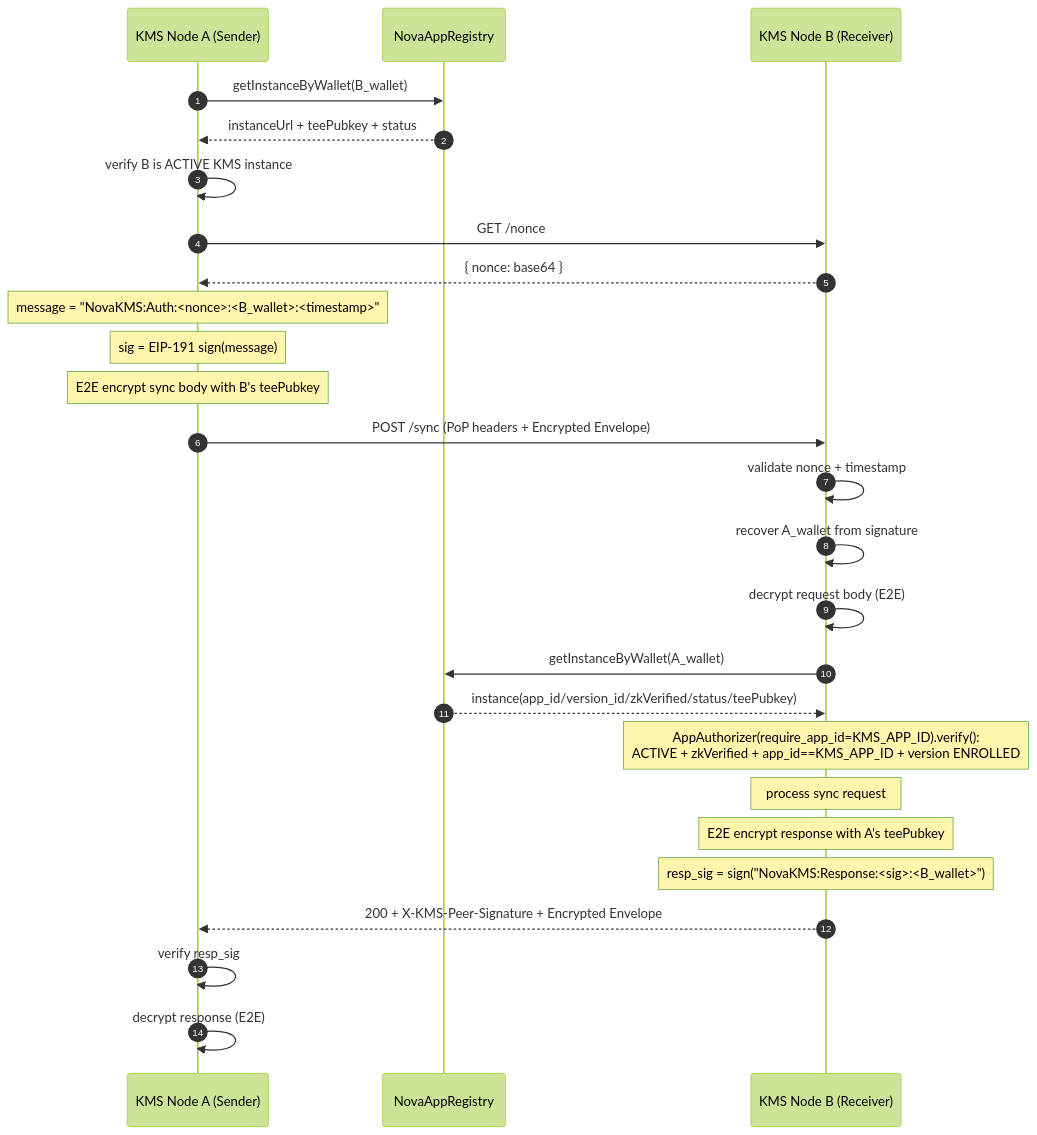
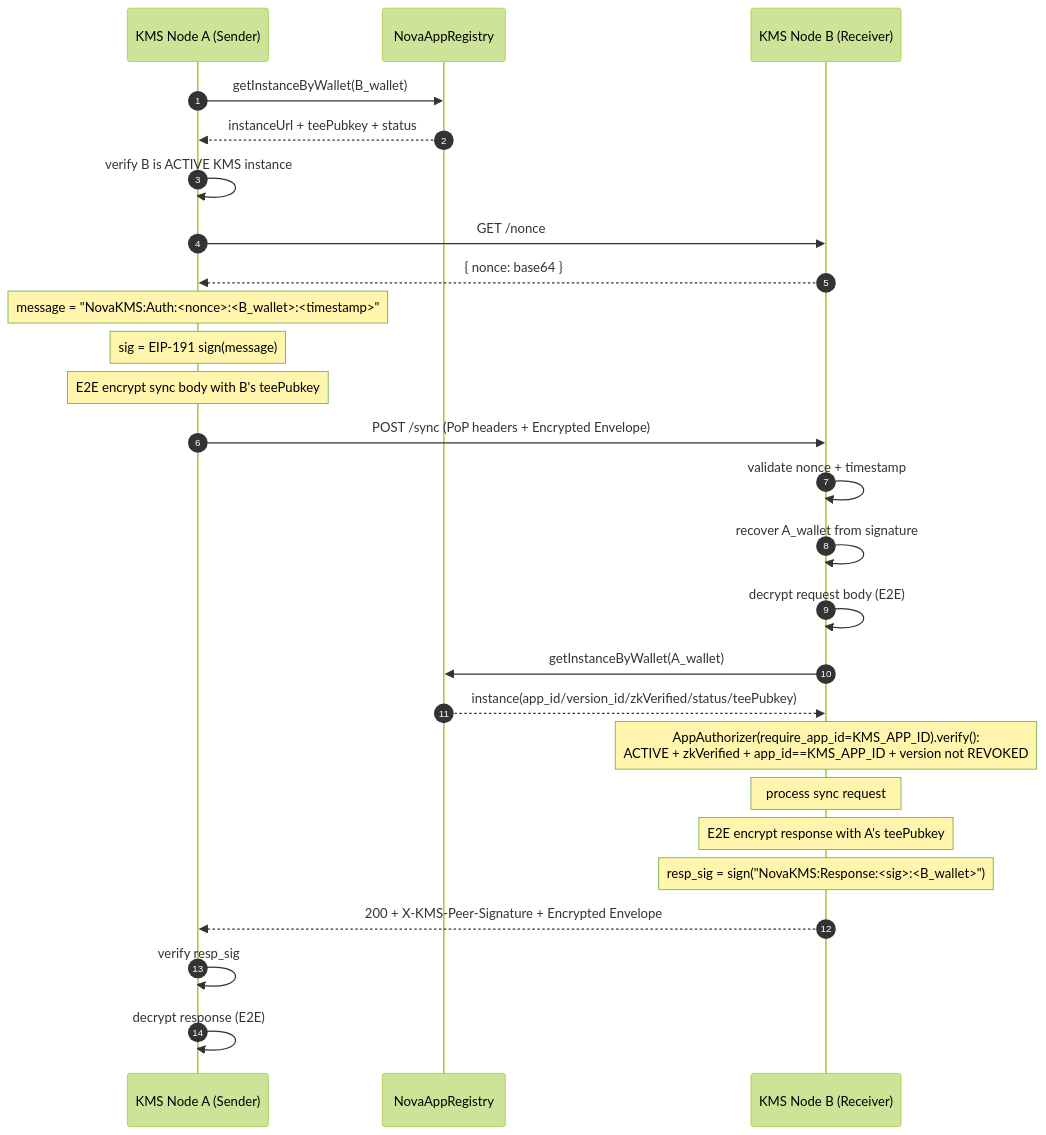
Before and after one commit to sparsity-xyz/nova-kms: the second of 2 diagrams in docs/app-to-kms-connection.md, drawn with Mermaid (forest theme). The commit also changed other lines of this file and 9 other files, not shown here.

````diff
--- a/docs/app-to-kms-connection.md
+++ b/docs/app-to-kms-connection.md
@@ -247,37 +247,37 @@
 ```mermaid
 sequenceDiagram
   autonumber
   participant KMS_A as KMS Node A (Sender)
   participant Chain as NovaAppRegistry
   participant KMS_B as KMS Node B (Receiver)
 
   KMS_A->>Chain: getInstanceByWallet(B_wallet)
   Chain-->>KMS_A: instanceUrl + teePubkey + status
   KMS_A->>KMS_A: verify B is ACTIVE KMS instance
 
   KMS_A->>KMS_B: GET /nonce
   KMS_B-->>KMS_A: { nonce: base64 }
 
   Note over KMS_A: message = "NovaKMS:Auth:<nonce>:<B_wallet>:<timestamp>"
   Note over KMS_A: sig = EIP-191 sign(message)
   Note over KMS_A: E2E encrypt sync body with B's teePubkey
 
   KMS_A->>KMS_B: POST /sync (PoP headers + Encrypted Envelope)
 
   KMS_B->>KMS_B: validate nonce + timestamp
   KMS_B->>KMS_B: recover A_wallet from signature
   KMS_B->>KMS_B: decrypt request body (E2E)
 
   KMS_B->>Chain: getInstanceByWallet(A_wallet)
   Chain-->>KMS_B: instance(app_id/version_id/zkVerified/status/teePubkey)
 
-  Note over KMS_B: AppAuthorizer(require_app_id=KMS_APP_ID).verify():<br/>ACTIVE + zkVerified + app_id==KMS_APP_ID + version ENROLLED
+  Note over KMS_B: AppAuthorizer(require_app_id=KMS_APP_ID).verify():<br/>ACTIVE + zkVerified + app_id==KMS_APP_ID + version not REVOKED
 
   Note over KMS_B: process sync request
   Note over KMS_B: E2E encrypt response with A's teePubkey
   Note over KMS_B: resp_sig = sign("NovaKMS:Response:<sig>:<B_wallet>")
 
   KMS_B-->>KMS_A: 200 + X-KMS-Peer-Signature + Encrypted Envelope
   KMS_A->>KMS_A: verify resp_sig
   KMS_A->>KMS_A: decrypt response (E2E)
 ```
````
